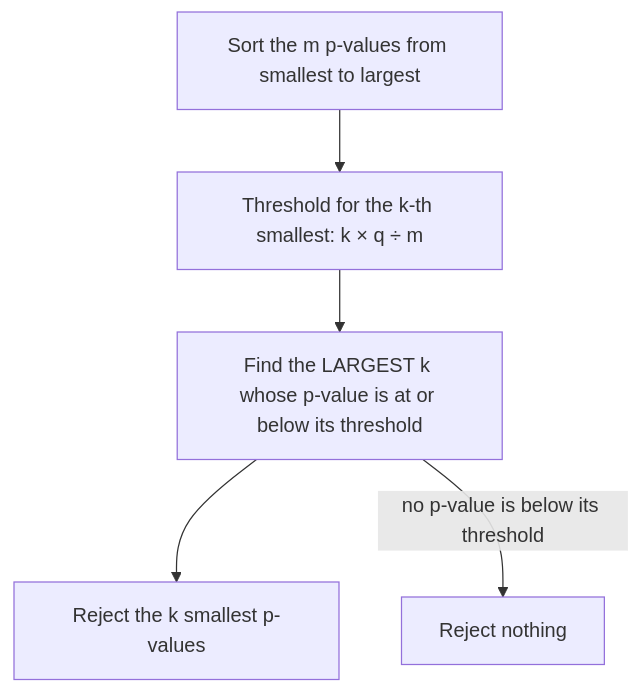
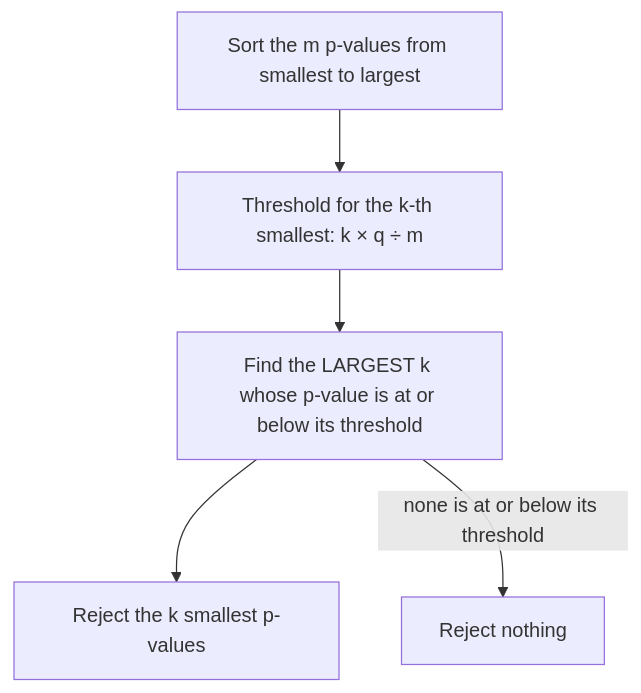
One commit to Aziliz/erudior changed the diagram in content/math/ap-statistics/lessons/92-multiple-testing.md. Above: the diagram before and after it, drawn with Mermaid. The commit also changed 6 other files, not shown here.

````diff
--- a/content/math/ap-statistics/lessons/92-multiple-testing.md
+++ b/content/math/ap-statistics/lessons/92-multiple-testing.md
@@ -72,9 +72,9 @@
 ```mermaid
 flowchart TD
   accTitle: The Benjamini-Hochberg procedure
   accDescr: Sort the m p-values from smallest to largest. Give the k-th smallest the threshold k times q divided by m. Find the largest k whose p-value is at or below its threshold. Reject the null hypotheses for the k smallest p-values, even if some smaller ones missed their own thresholds. If no p-value is at or below its threshold, reject nothing.
   A["Sort the m p-values from smallest to largest"] --> B["Threshold for the k-th smallest: k × q ÷ m"]
   B --> C["Find the LARGEST k whose p-value is at or below its threshold"]
   C --> D["Reject the k smallest p-values"]
-  C -- "no p-value is below its threshold" --> E["Reject nothing"]
+  C -- "none is at or below its threshold" --> E["Reject nothing"]
 ```
````
